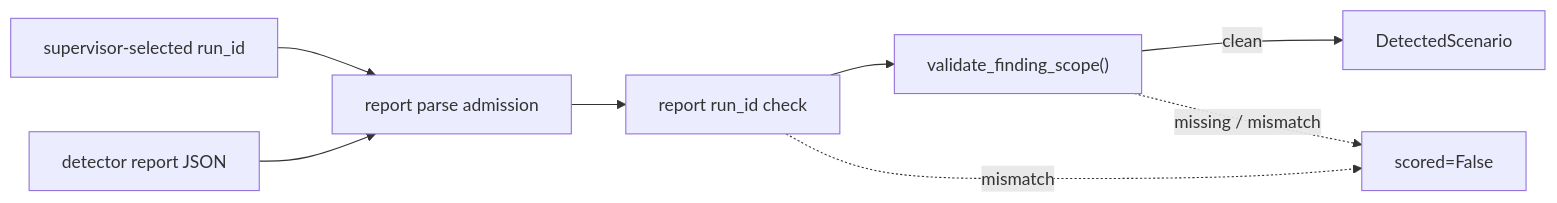
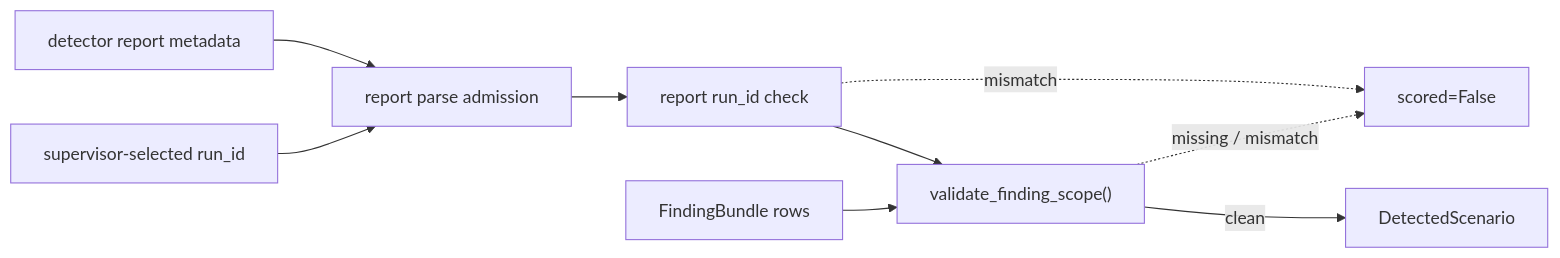
Before and after one commit to nirosen/labs-OO-Agents: the third of 15 diagrams in examples/security_hardening/README.md, drawn with Mermaid. The commit also changed other lines of this file and 6 other files, not shown here.

Commit message:
wire finding bundle into detector harness

````diff
--- a/examples/security_hardening/README.md
+++ b/examples/security_hardening/README.md
@@ -45,10 +74,11 @@
 ```mermaid
 flowchart LR
     S["supervisor-selected run_id"] --> A["report parse admission"]
-    D["detector report JSON"] --> A
+    D["detector report metadata"] --> A
     A --> R["report run_id check"]
-    R --> V["validate_finding_scope()"]
+    B["FindingBundle rows"] --> V["validate_finding_scope()"]
+    R --> V
     V -- "clean" --> Q["DetectedScenario"]
     R -. "mismatch" .-> X["scored=False"]
     V -. "missing / mismatch" .-> X
 ```
````
